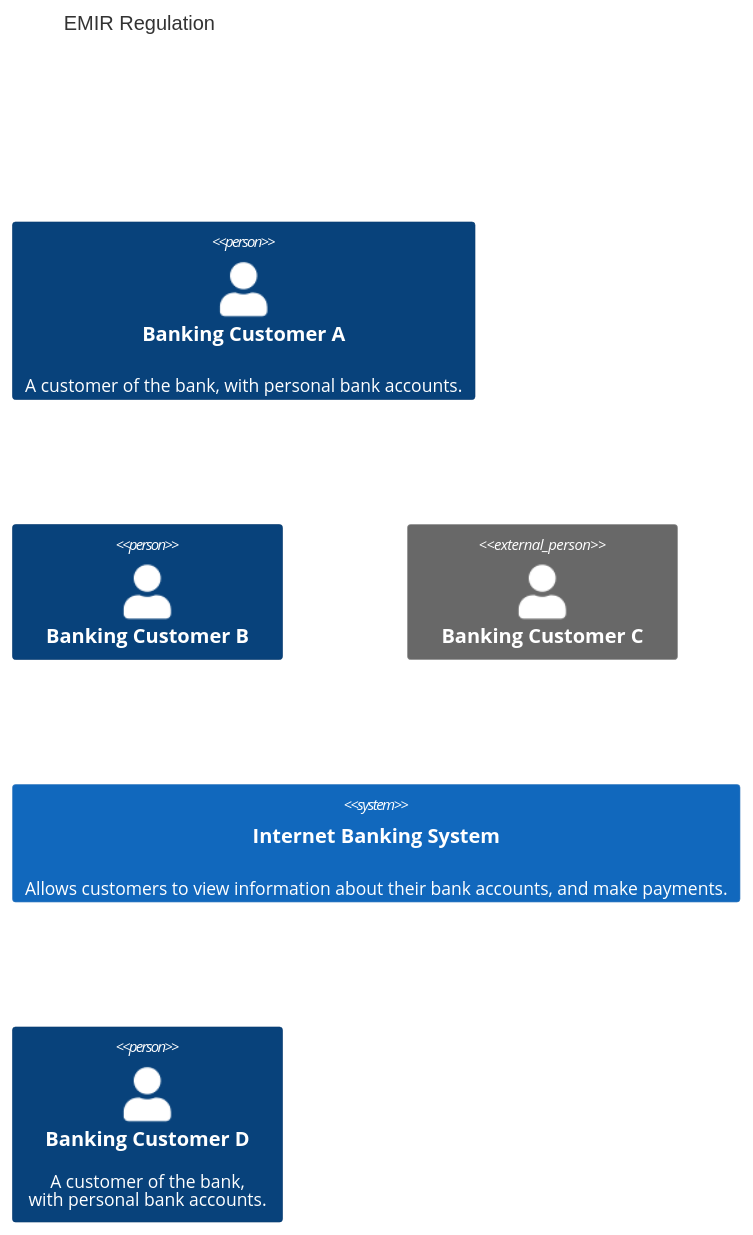
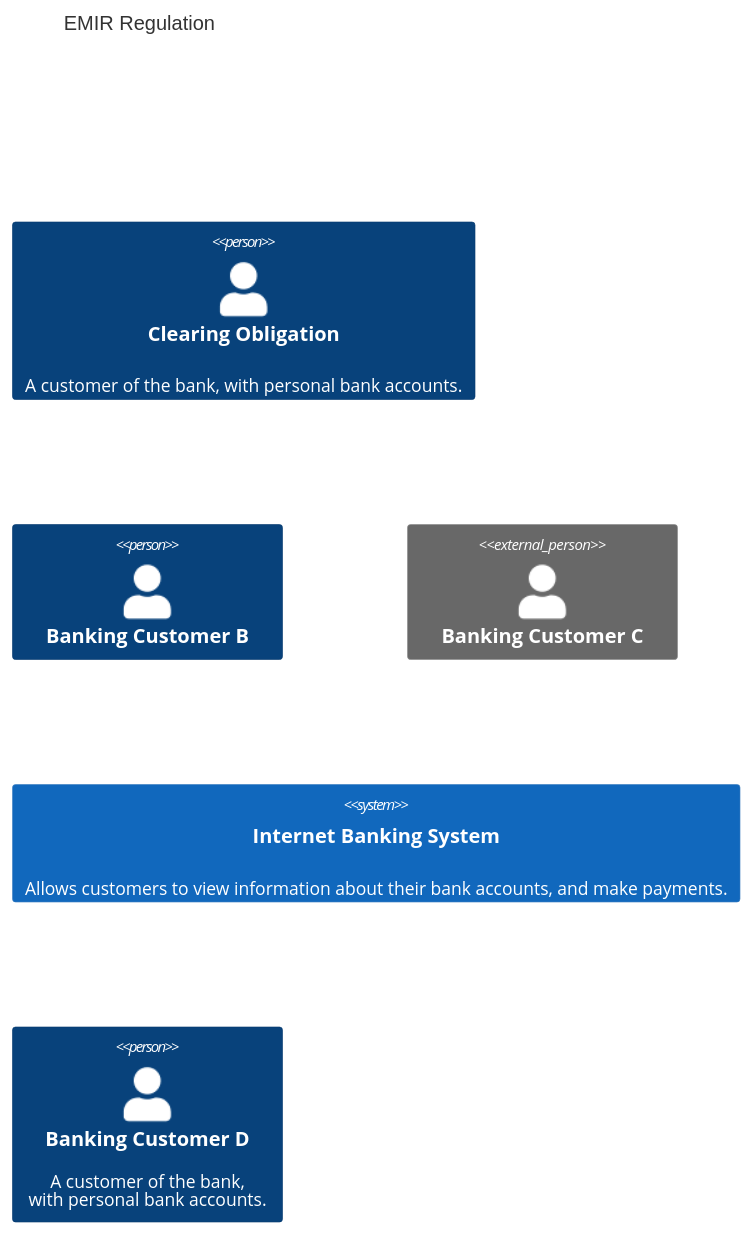
One commit to sunnylnct007/TestSqlScripts changed the diagram in README.md. Above: the diagram before and after it, drawn with Mermaid.

````diff
--- a/README.md
+++ b/README.md
@@ -5,11 +5,11 @@
 ```mermaid
 C4Context
 title EMIR Regulation
 
-Person(customerA, "Banking Customer A", "A customer of the bank, with personal bank accounts.")
+Person(customerA, "Clearing Obligation", "A customer of the bank, with personal bank accounts.")
 Person(customerB, "Banking Customer B")
 Person_Ext(customerC, "Banking Customer C")
 System(SystemAA, "Internet Banking System", "Allows customers to view information about their bank accounts, and make payments.")
 
 Person(customerD, "Banking Customer D", "A customer of the bank, <br/> with personal bank accounts.")
 ```
````
